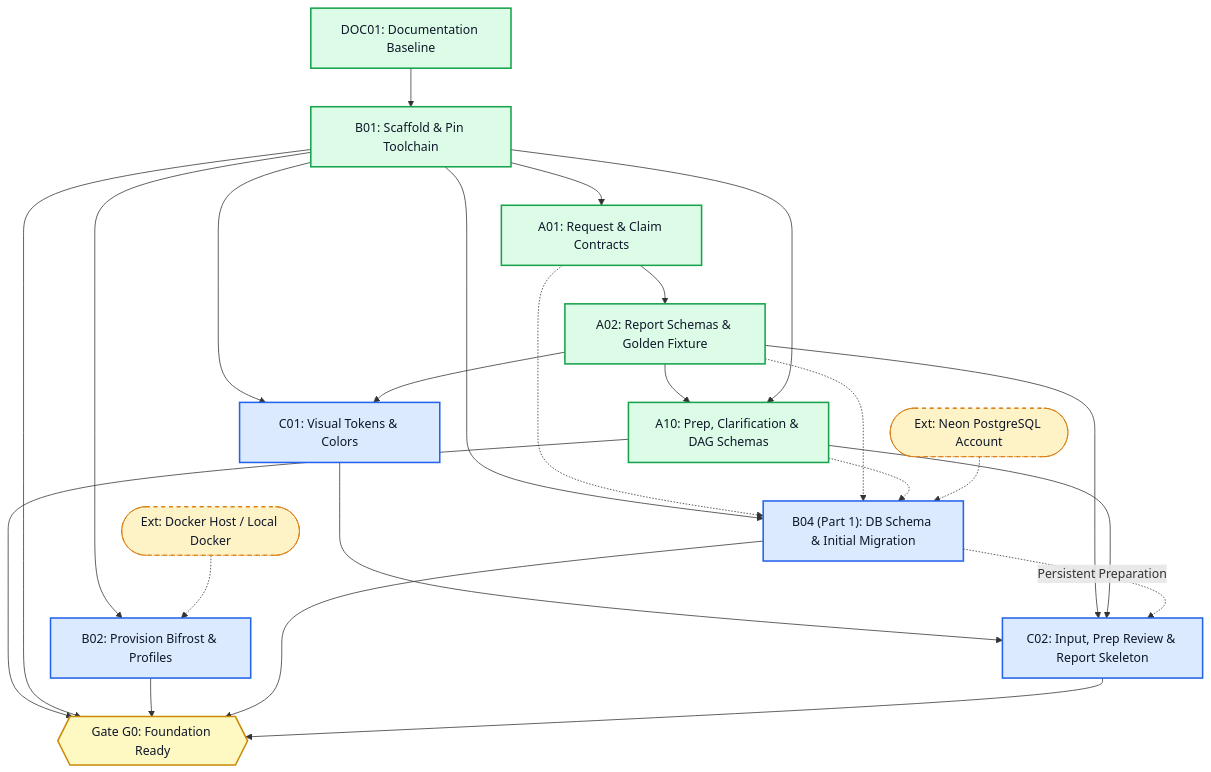
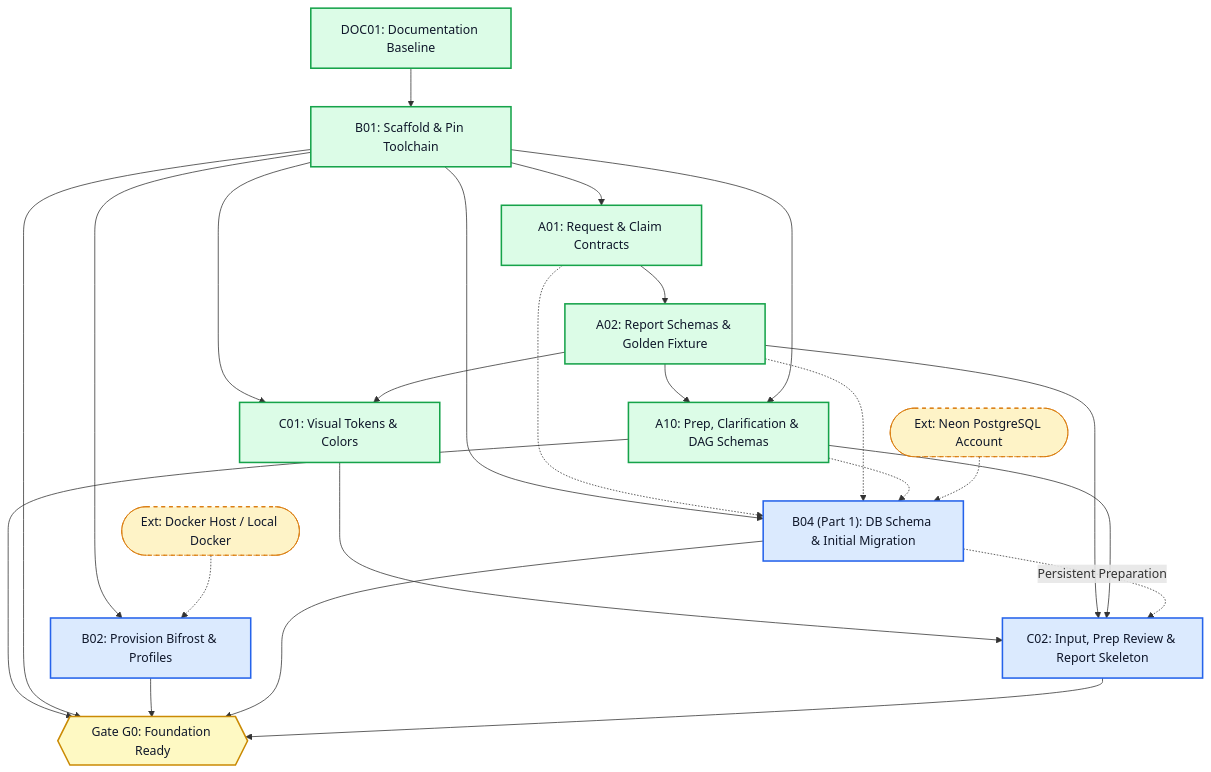
One commit to Driftaxe/Afterfact changed the second of 6 diagrams in docs/PARALLEL-WORK-PLAN.md. Above: the diagram before and after it, drawn with Mermaid. The commit also changed other lines of this file and 24 other files, not shown here.

````diff
--- a/docs/PARALLEL-WORK-PLAN.md
+++ b/docs/PARALLEL-WORK-PLAN.md
@@ -129,51 +129,51 @@
 ```mermaid
 flowchart TD
     classDef verified fill:#dcfce7,stroke:#16a34a,stroke-width:2px,color:#0f172a;
     classDef unblocked fill:#dbeafe,stroke:#2563eb,stroke-width:2px,color:#0f172a;
     classDef external fill:#fef3c7,stroke:#d97706,stroke-width:1px,stroke-dasharray: 5 5,color:#0f172a;
     classDef gate fill:#fef9c3,stroke:#ca8a04,stroke-width:2px,color:#0f172a;
 
     DOC01["DOC01: Documentation Baseline"]:::verified
     B01["B01: Scaffold & Pin Toolchain"]:::verified
     A01["A01: Request & Claim Contracts"]:::verified
     A02["A02: Report Schemas & Golden Fixture"]:::verified
     A10["A10: Prep, Clarification & DAG Schemas"]:::verified
 
     DockerHost(["Ext: Docker Host / Local Docker"]):::external
     B02["B02: Provision Bifrost & Profiles"]:::unblocked
 
     NeonAcct(["Ext: Neon PostgreSQL Account"]):::external
     B04a["B04 (Part 1): DB Schema & Initial Migration"]:::unblocked
 
-    C01["C01: Visual Tokens & Colors"]:::unblocked
+    C01["C01: Visual Tokens & Colors"]:::verified
     C02["C02: Input, Prep Review & Report Skeleton"]:::unblocked
 
     GateG0{{"Gate G0: Foundation Ready"}}:::gate
 
     DOC01 --> B01
     B01 --> A01
     A01 --> A02
     A02 --> A10
     B01 --> A10
     B01 --> B02
     DockerHost -.-> B02
 
     B01 --> B04a
     A01 -.-> B04a
     A02 -.-> B04a
     A10 -.-> B04a
     NeonAcct -.-> B04a
 
     B01 --> C01
     A02 --> C01
     C01 --> C02
     A02 --> C02
     A10 --> C02
     B04a -.->|Persistent Preparation| C02
 
     A10 --> GateG0
     B01 --> GateG0
     B02 --> GateG0
     B04a --> GateG0
     C02 --> GateG0
 ```
````
